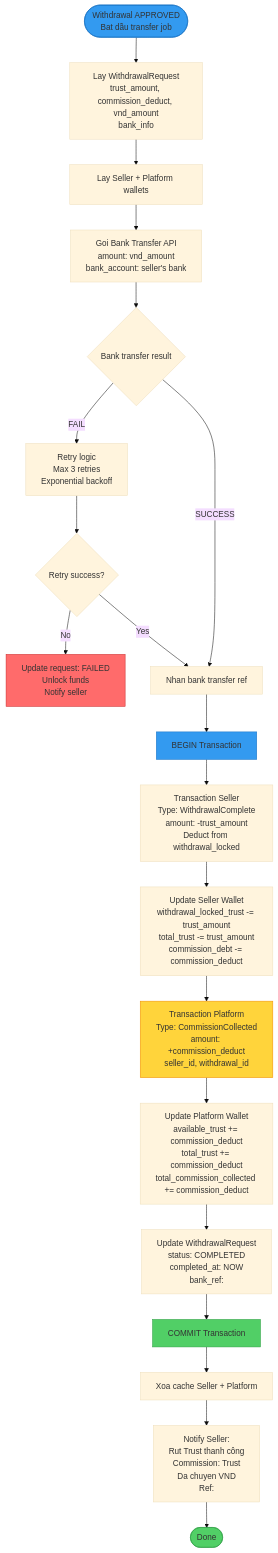
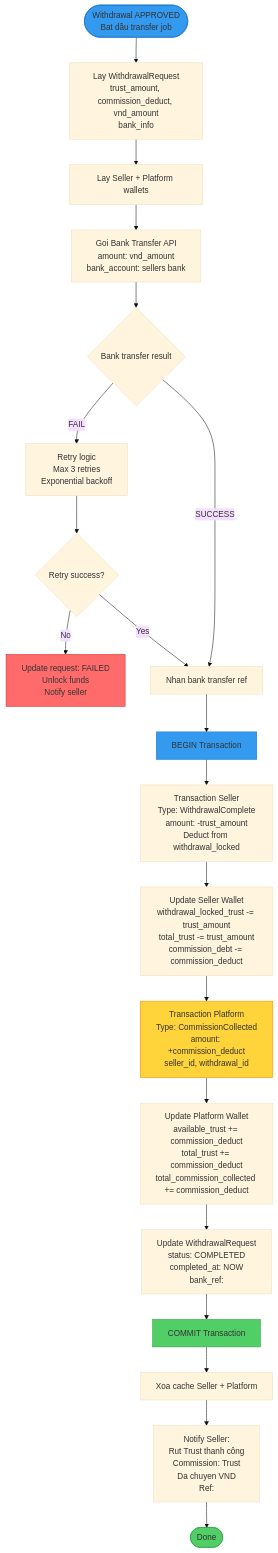
One commit to anhnguyen123312/ShopMMO changed the ninth of 20 diagrams in mmo-api/docs/v2/05-wallet-v2-platform-wallet-flows.md. Above: the diagram before and after it, drawn with Mermaid (base theme).

Commit message:
fix: remove apostrophes in mermaid labels
- Replace possessive 's with s to avoid parsing issues
- Example: seller's bank -> seller bank

🤖 Generated with [Claude Code](https://claude.com/claude-code)

````diff
--- a/mmo-api/docs/v2/05-wallet-v2-platform-wallet-flows.md
+++ b/mmo-api/docs/v2/05-wallet-v2-platform-wallet-flows.md
@@ -670,42 +670,42 @@
 ```mermaid
 flowchart TD
     Start([Withdrawal APPROVED<br/>Bat dầu transfer job])
 
     %% Get Info
     Start --> GetRequest[Lay WithdrawalRequest<br/>trust_amount, commission_deduct, vnd_amount<br/>bank_info]
     GetRequest --> GetWallets[Lay Seller + Platform wallets]
 
     %% Bank Transfer
-    GetWallets --> CallBankAPI[Goi Bank Transfer API<br/>amount: vnd_amount<br/>bank_account: seller's bank]
+    GetWallets --> CallBankAPI[Goi Bank Transfer API<br/>amount: vnd_amount<br/>bank_account: sellers bank]
     CallBankAPI --> BankResult{Bank transfer result}
     BankResult -->|FAIL| HandleFail[Retry logic<br/>Max 3 retries<br/>Exponential backoff]
     HandleFail --> RetryCheck{Retry success?}
     RetryCheck -->|No| FailFinal[Update request: FAILED<br/>Unlock funds<br/>Notify seller]
     RetryCheck -->|Yes| BankSuccess
     BankResult -->|SUCCESS| BankSuccess[Nhan bank transfer ref]
 
     %% Complete Withdrawal Transaction
     BankSuccess --> BeginTx[ BEGIN Transaction]
     BeginTx --> CompleteWithdrawal[Transaction Seller<br/>Type: WithdrawalComplete<br/>amount: -trust_amount<br/>Deduct from withdrawal_locked]
     CompleteWithdrawal --> UpdateSellerWallet[Update Seller Wallet<br/>withdrawal_locked_trust -= trust_amount<br/>total_trust -= trust_amount<br/>commission_debt -= commission_deduct]
 
     %% Commission to Platform
     UpdateSellerWallet --> CommissionTx[Transaction Platform<br/>Type: CommissionCollected<br/>amount: +commission_deduct<br/>seller_id, withdrawal_id]
     CommissionTx --> UpdatePlatformWallet[Update Platform Wallet<br/>available_trust += commission_deduct<br/>total_trust += commission_deduct<br/>total_commission_collected += commission_deduct]
 
     %% Finalize
     UpdatePlatformWallet --> UpdateRequest[Update WithdrawalRequest<br/>status: COMPLETED<br/>completed_at: NOW<br/>bank_ref: <ref>]
     UpdateRequest --> CommitTx[ COMMIT Transaction]
 
     %% Notification
     CommitTx --> InvalidateCache[Xoa cache Seller + Platform]
     InvalidateCache --> NotifySeller[Notify Seller:<br/>Rut <trust_amount> Trust thanh công<br/>Commission: <commission_deduct> Trust<br/>Da chuyen <vnd_amount> VND<br/>Ref: <bank_ref>]
     NotifySeller --> End([Done])
 
     style Start fill:#339af0,stroke:#1971c2
     style End fill:#51cf66,stroke:#2f9e44
     style BeginTx fill:#339af0,stroke:#1971c2
     style CommitTx fill:#51cf66,stroke:#2f9e44
     style FailFinal fill:#ff6b6b,stroke:#c92a2a
     style CommissionTx fill:#ffd43b,stroke:#f08c00
 ```
````
